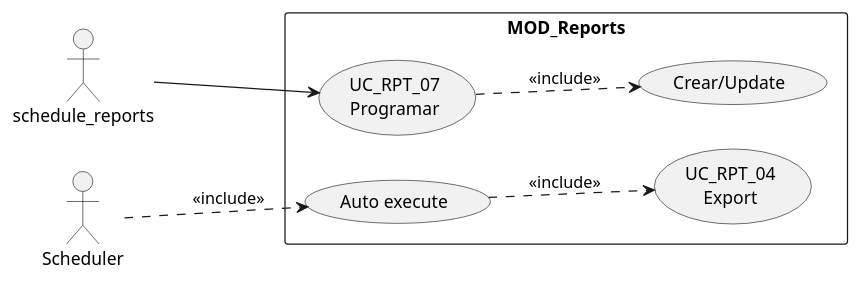
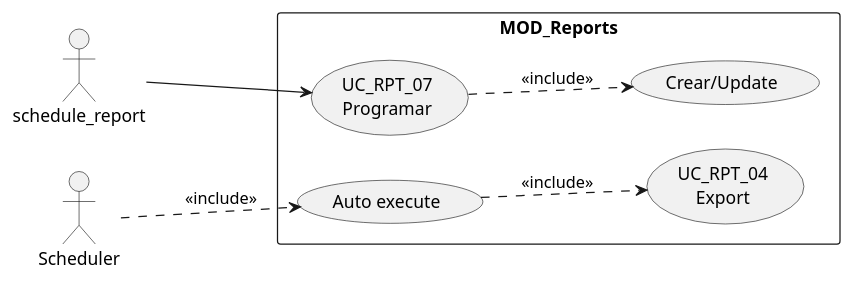
The first of 4 diagrams in source/requisitos/casos-uso/reports/uc-rpt-07/diagramas-uml.rst (jcg-admin/IACT-docs), drawn with PlantUML before and after one commit. The commit also changed 157 other files, not shown here.

First line of the commit message:
Enforce catalog function names across all diagrams

```diff
--- a/source/requisitos/casos-uso/reports/uc-rpt-07/diagramas-uml.rst
+++ b/source/requisitos/casos-uso/reports/uc-rpt-07/diagramas-uml.rst
@@ -10,20 +10,20 @@
 .. uml::
  :caption: UC_RPT_07 — programar
 
  @startuml
  left to right direction
- actor "schedule_reports" as USR
+ actor "schedule_report" as USR
  actor "Scheduler" as SC
 
  rectangle "MOD_Reports" {
    usecase "UC_RPT_07\nProgramar" as UC07
    usecase "Crear/Update" as CRUD
    usecase "Auto execute" as AE
    usecase "UC_RPT_04\nExport" as EXP
  }
 
  USR --> UC07
  UC07 ..> CRUD : <<include>>
  SC ..> AE : <<include>>
  AE ..> EXP : <<include>>
  @enduml
```
